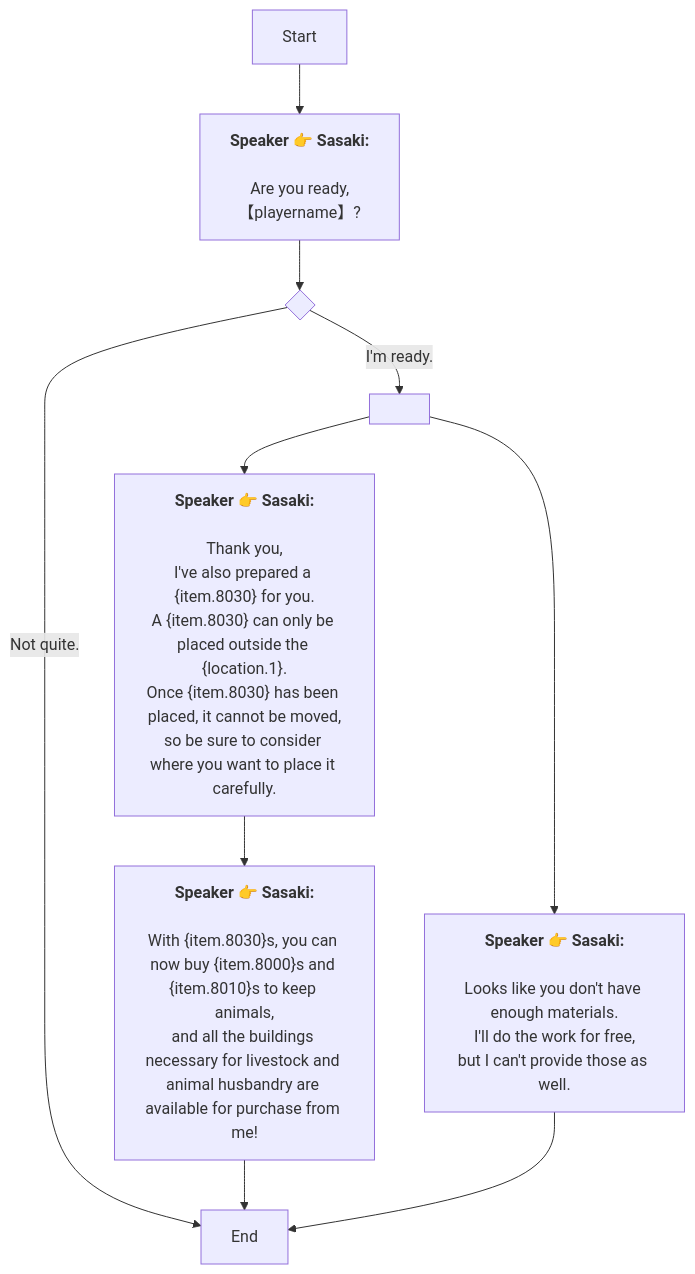
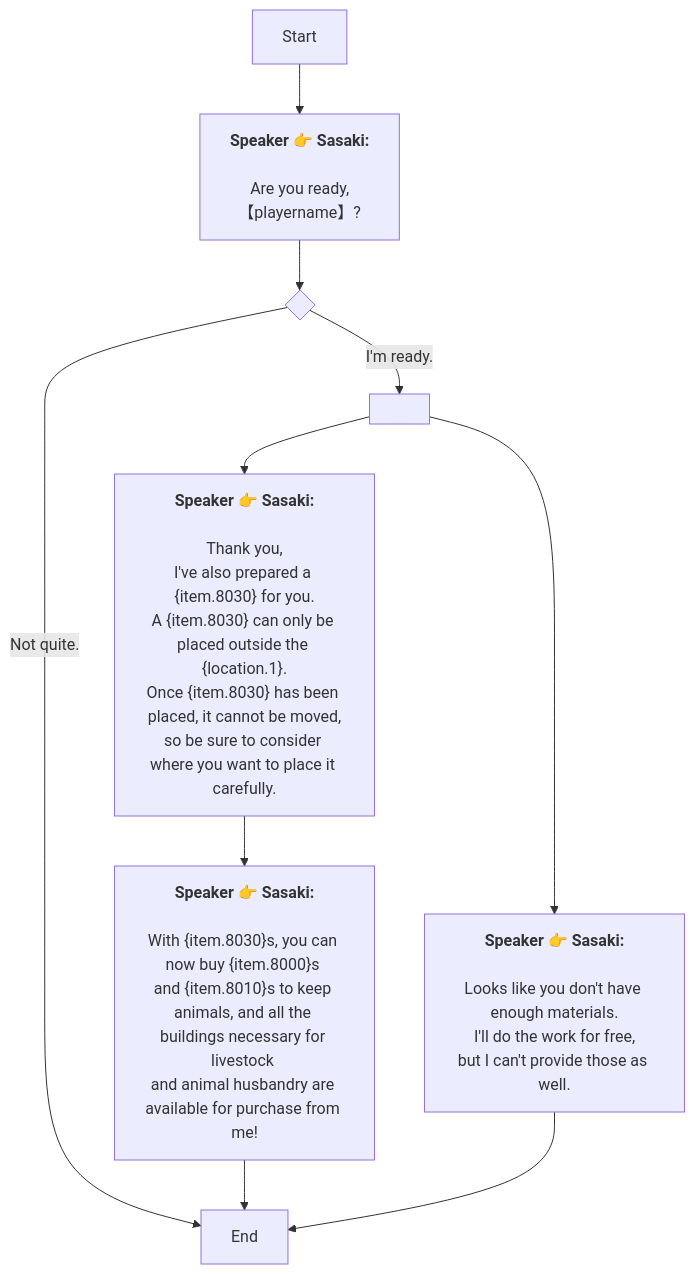
The diagram in En/QuestTalkObjectiveNode_1741370761464091.md (SoftHu/tos_avg), drawn with Mermaid before and after one commit. The commit also changed 312 other files, not shown here.

````diff
--- a/En/QuestTalkObjectiveNode_1741370761464091.md
+++ b/En/QuestTalkObjectiveNode_1741370761464091.md
@@ -1,29 +1,30 @@
 ```mermaid
 graph
 Start -->1741371176241438[<b>Speaker 👉 Sasaki:</b>
 
 Are you ready,
 【playername】?]
 1741371176241438 -->1741371194669343{ }
 1741371194669343 -->|I'm ready.|1756425024283146[ ]
 1741371194669343 -->|Not quite.|1756425180201483[End]
 1756425024283146 -->1741371646951720[<b>Speaker 👉 Sasaki:</b>
 
 Thank you,
 I've also prepared a &lbrace;item.8030&rbrace; for you.
 A &lbrace;item.8030&rbrace; can only be placed outside the &lbrace;location.1&rbrace;.
 Once &lbrace;item.8030&rbrace; has been placed, it cannot be moved,
 so be sure to consider where you want to place it carefully.]
 1756425024283146 -->1741371496490279[<b>Speaker 👉 Sasaki:</b>
 
 Looks like you don't have enough materials.
 I'll do the work for free,
 but I can't provide those as well.]
 1741371646951720 -->1741372937941290[<b>Speaker 👉 Sasaki:</b>
 
-With &lbrace;item.8030&rbrace;s, you can now buy &lbrace;item.8000&rbrace;s and &lbrace;item.8010&rbrace;s to keep animals,
-and all the buildings necessary for livestock and animal husbandry are available for purchase from me!]
+With &lbrace;item.8030&rbrace;s, you can now buy &lbrace;item.8000&rbrace;s 
+and &lbrace;item.8010&rbrace;s to keep animals, and all the buildings necessary for livestock 
+and animal husbandry are available for purchase from me!]
 1741372937941290 -->1756425180201483[End]
 1741371496490279 -->1756425180201483[End]
 
  ```
````
